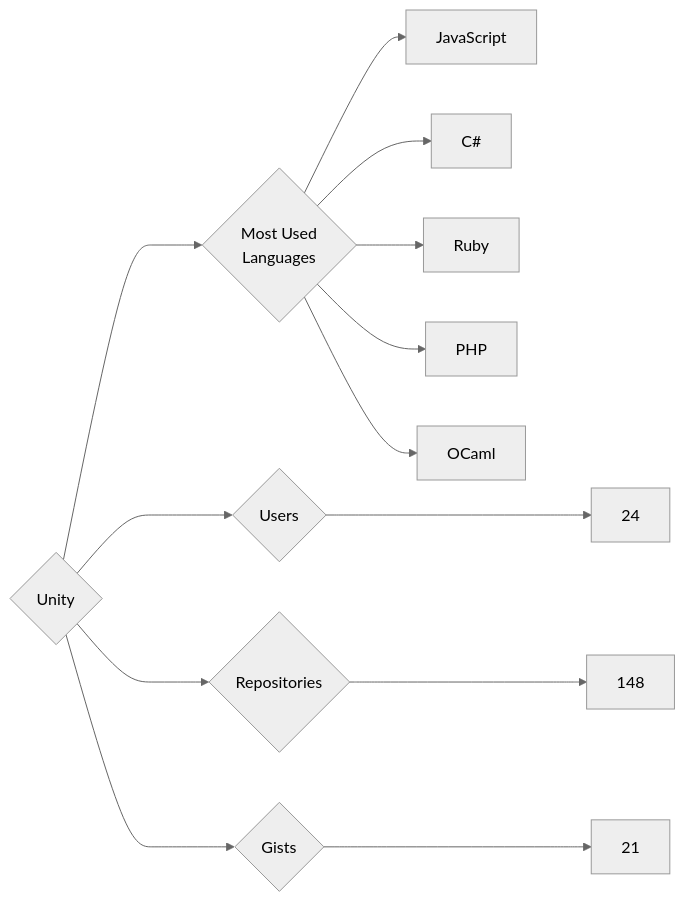
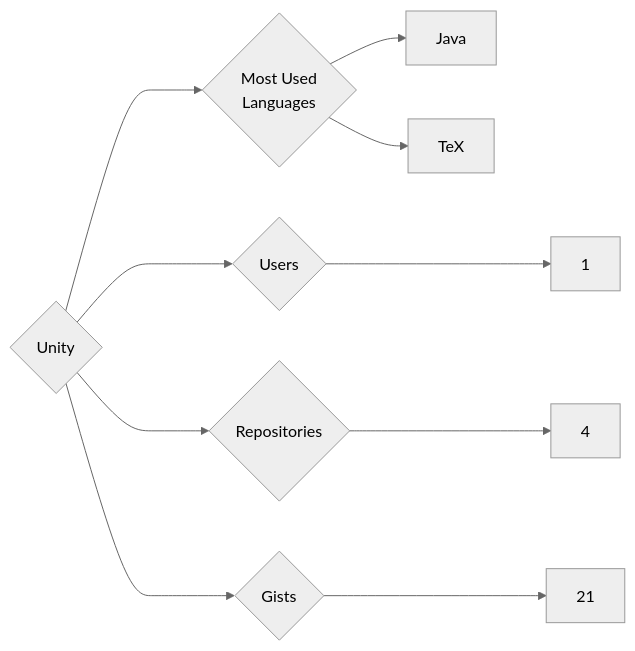
The diagram in targets/Unity/README.md (trickest/insiders), drawn with Mermaid (neutral theme) before and after one commit. The commit also changed 806 other files, not shown here.

````diff
--- a/targets/Unity/README.md
+++ b/targets/Unity/README.md
@@ -3,13 +3,10 @@
 ```mermaid
 graph LR
 COMPANY_NAME{Unity}
-COMPANY_NAME ---> U{Users} ---> UN[24]
-COMPANY_NAME ---> R{Repositories} ---> RN[148]
+COMPANY_NAME ---> U{Users} ---> UN[1]
+COMPANY_NAME ---> R{Repositories} ---> RN[4]
 COMPANY_NAME ---> G{Gists} ---> GN[21]
 COMPANY_NAME ---> ML{Most Used<br>Languages}
-ML --> JavaScript[JavaScript]
-ML --> C#[C#]
-ML --> Ruby[Ruby]
-ML --> PHP[PHP]
-ML --> OCaml[OCaml]
+ML --> Java[Java]
+ML --> TeX[TeX]
 ```
````
